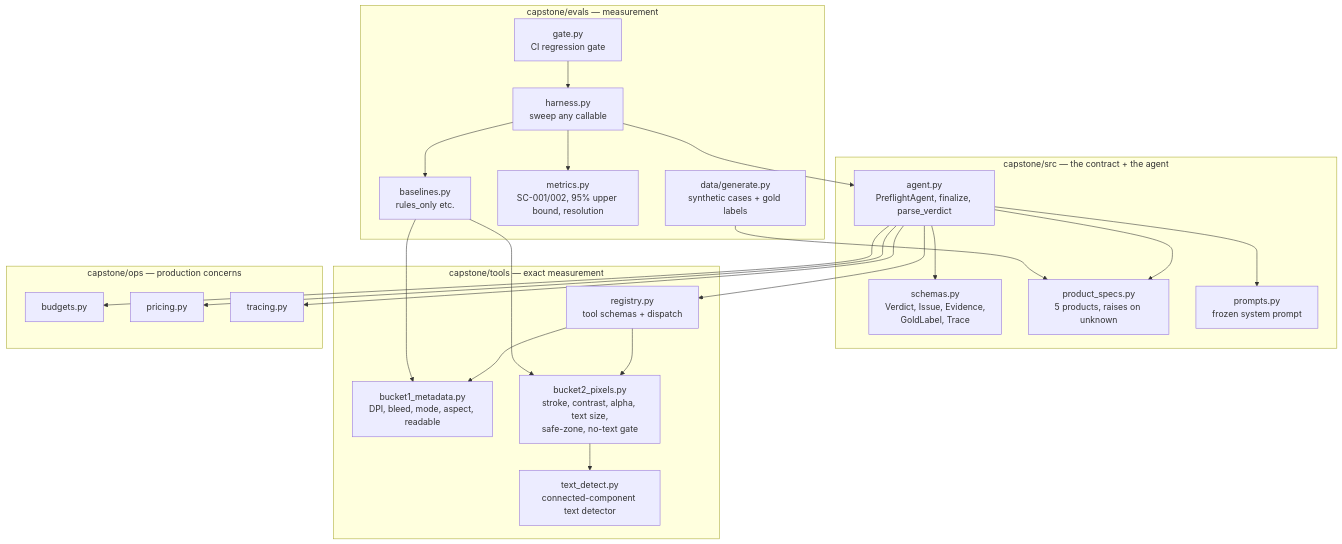
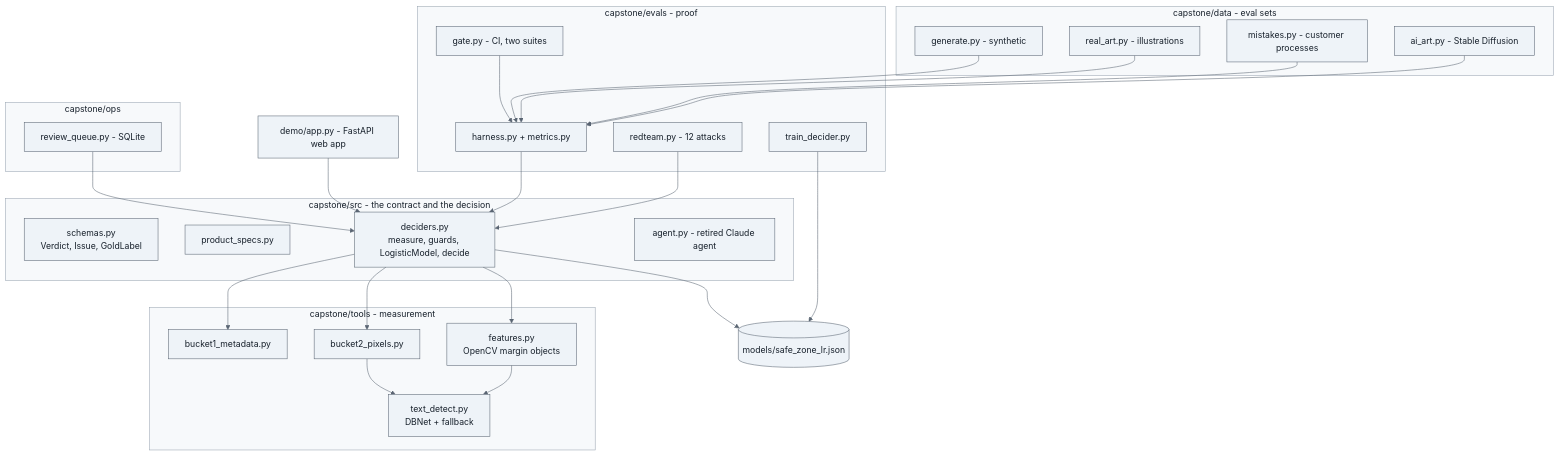
Before and after one commit to ashvolt/agents: the fifth of 14 diagrams in capstone/docs/learn.md, drawn with Mermaid. The commit also changed other lines of this file, not shown here.

First line of the commit message:
docs(learn): cover the project to 2026-09-26; diagrams readable in any theme

````diff
--- a/capstone/docs/learn.md
+++ b/capstone/docs/learn.md
@@ -300,35 +361,44 @@
 ```mermaid
-%%{init: {"theme": "default"}}%%
+%%{init: {"theme":"base","themeVariables":{"background":"#ffffff","fontFamily":"Arial, Helvetica, sans-serif","primaryColor":"#eef3f8","primaryTextColor":"#17202b","primaryBorderColor":"#5a6573","secondaryColor":"#f5f7fa","secondaryTextColor":"#17202b","tertiaryColor":"#ffffff","tertiaryTextColor":"#17202b","lineColor":"#5a6573","textColor":"#17202b","titleColor":"#17202b","nodeTextColor":"#17202b","edgeLabelBackground":"#ffffff","clusterBkg":"#f7f9fb","clusterBorder":"#9aa5b1","cScale0":"#dbeafe","cScaleLabel0":"#17202b","cScalePeer0":"#5a6573","cScale1":"#dcfce7","cScaleLabel1":"#17202b","cScalePeer1":"#5a6573","cScale2":"#fef3c7","cScaleLabel2":"#17202b","cScalePeer2":"#5a6573","cScale3":"#fce7f3","cScaleLabel3":"#17202b","cScalePeer3":"#5a6573","cScale4":"#e0e7ff","cScaleLabel4":"#17202b","cScalePeer4":"#5a6573","cScale5":"#ccfbf1","cScaleLabel5":"#17202b","cScalePeer5":"#5a6573","cScale6":"#ffedd5","cScaleLabel6":"#17202b","cScalePeer6":"#5a6573","cScale7":"#f1f5f9","cScaleLabel7":"#17202b","cScalePeer7":"#5a6573"}}}%%
 flowchart TB
-    subgraph src["capstone/src — the contract + the agent"]
-        S[schemas.py<br/>Verdict, Issue, Evidence,<br/>GoldLabel, Trace]
-        PS[product_specs.py<br/>5 products, raises on unknown]
-        PR[prompts.py<br/>frozen system prompt]
-        AG[agent.py<br/>PreflightAgent, finalize, parse_verdict]
+    classDef default fill:#eef3f8,stroke:#5a6573,color:#17202b
+    subgraph src["capstone/src - the contract and the decision"]
+        S["schemas.py<br/>Verdict, Issue, GoldLabel"]
+        PS["product_specs.py"]
+        DEC["deciders.py<br/>measure, guards, LogisticModel, decide"]
+        AG["agent.py - retired Claude agent"]
     end
-    subgraph tools["capstone/tools — exact measurement"]
-        B1[bucket1_metadata.py<br/>DPI, bleed, mode, aspect, readable]
-        TD[text_detect.py<br/>connected-component text detector]
-        B2[bucket2_pixels.py<br/>stroke, contrast, alpha, text size,<br/>safe-zone, no-text gate]
-        RG[registry.py<br/>tool schemas + dispatch]
+    subgraph tools["capstone/tools - measurement"]
+        B1["bucket1_metadata.py"]
+        TD["text_detect.py<br/>DBNet + fallback"]
+        B2["bucket2_pixels.py"]
+        FE["features.py<br/>OpenCV margin objects"]
     end
-    subgraph evals["capstone/evals — measurement"]
-        GEN[data/generate.py<br/>synthetic cases + gold labels]
-        H[harness.py<br/>sweep any callable]
-        M[metrics.py<br/>SC-001/002, 95% upper bound, resolution]
-        BL[baselines.py<br/>rules_only etc.]
-        G[gate.py<br/>CI regression gate]
+    subgraph evals["capstone/evals - proof"]
+        H["harness.py + metrics.py"]
+        G["gate.py - CI, two suites"]
+        RT["redteam.py - 12 attacks"]
+        TR["train_decider.py"]
     end
-    subgraph ops["capstone/ops — production concerns"]
-        BU[budgets.py]
-        PC[pricing.py]
-        TR[tracing.py]
+    subgraph data["capstone/data - eval sets"]
+        GEN["generate.py - synthetic"]
+        RA["real_art.py - illustrations"]
+        MI["mistakes.py - customer processes"]
+        AI["ai_art.py - Stable Diffusion"]
     end
-    AG --> RG --> B1 & B2
+    subgraph ops["capstone/ops"]
+        RQ["review_queue.py - SQLite"]
+    end
+    DEMO["demo/app.py - FastAPI web app"]
+    DEC --> B1 & B2 & FE
     B2 --> TD
-    AG --> PR & PS & S & BU & PC & TR
-    BL --> B1 & B2
-    H --> BL & AG & M
+    FE --> TD
+    DEC --> MOD[("models/safe_zone_lr.json")]
+    TR --> MOD
+    H --> DEC
     G --> H
-    GEN --> PS
+    RT --> DEC
+    RQ --> DEC
+    DEMO --> DEC
+    GEN & RA & MI & AI --> H
 ```
````
